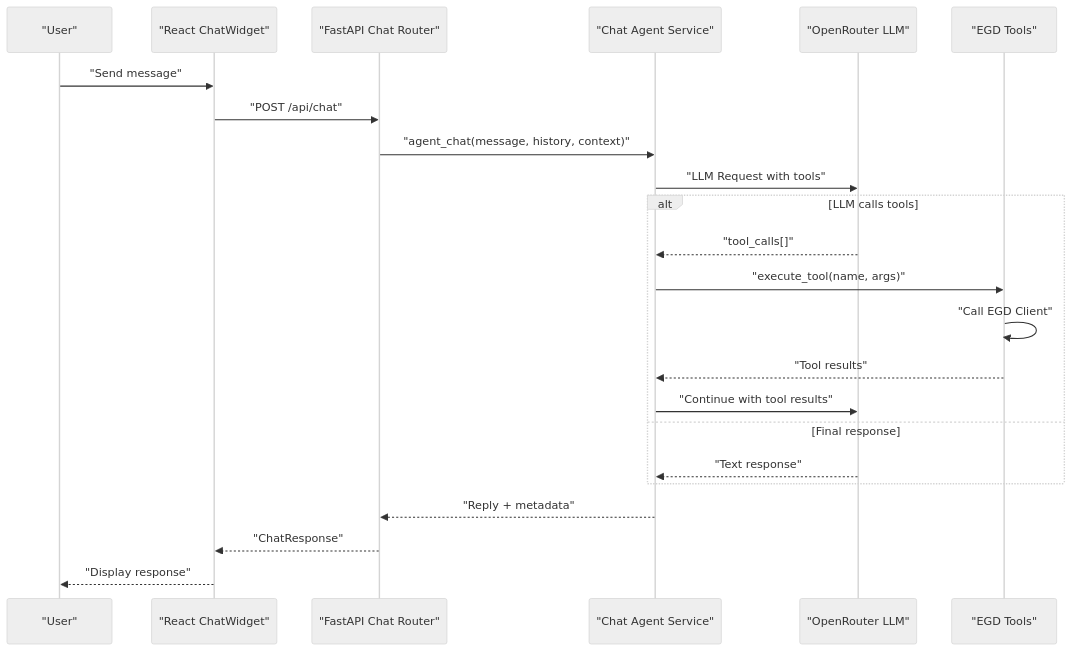
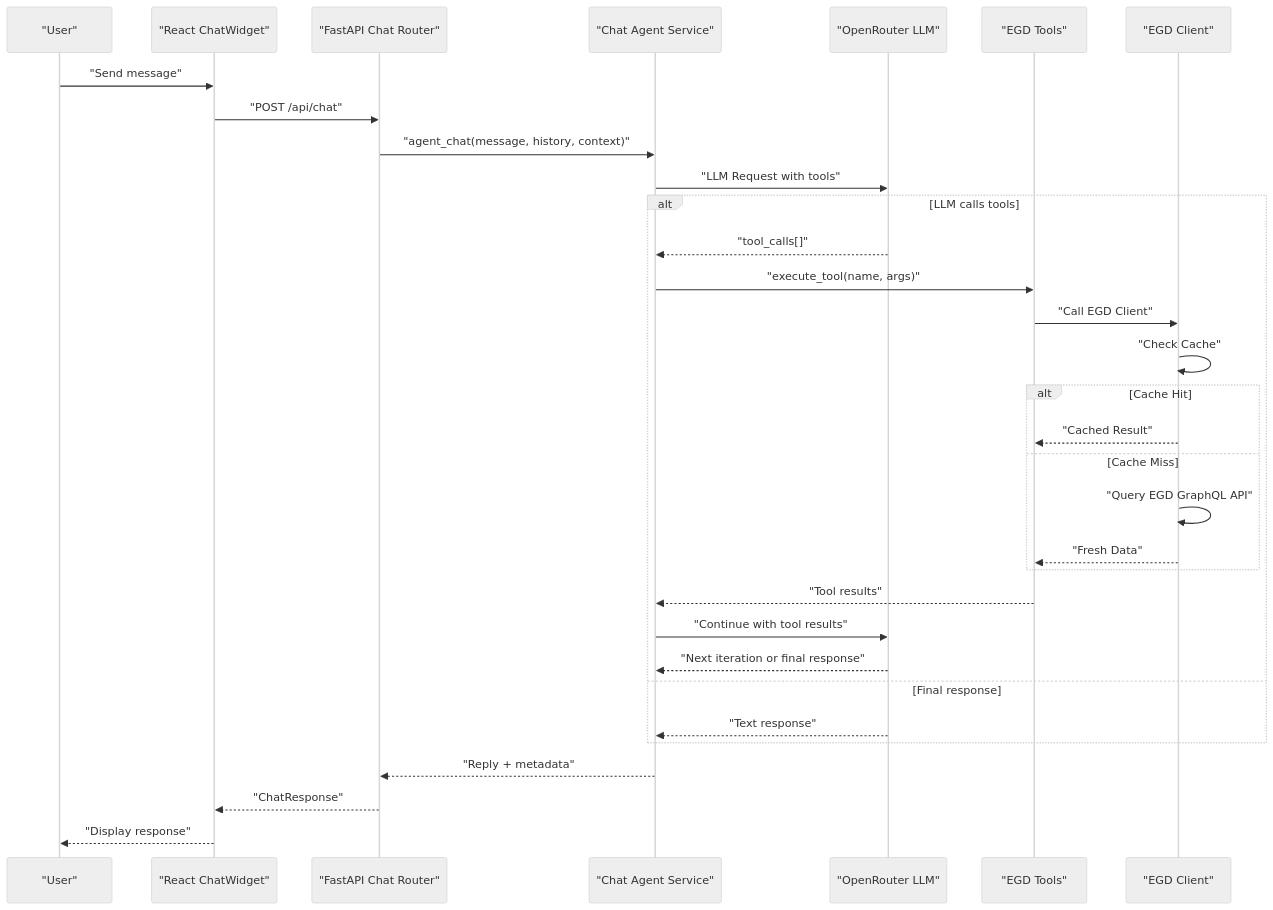
The third of 7 diagrams in .qoder/repowiki/en/content/Architecture Guide/Architecture Guide.md (Ragnar1999/GoNow), drawn with Mermaid (neutral theme) before and after one commit. The commit also changed other lines of this file and 10 other files, not shown here.

First line of the commit message:
docs: update all documentation with agentic chat, Makefile, and agent design research

````diff
--- a/.qoder/repowiki/en/content/Architecture Guide/Architecture Guide.md
+++ b/.qoder/repowiki/en/content/Architecture Guide/Architecture Guide.md
@@ -244,25 +149,34 @@
 ```mermaid
 sequenceDiagram
 participant User as "User"
 participant ChatWidget as "React ChatWidget"
 participant ChatRouter as "FastAPI Chat Router"
 participant ChatAgent as "Chat Agent Service"
 participant OpenRouter as "OpenRouter LLM"
 participant EGDTools as "EGD Tools"
+participant EGDClient as "EGD Client"
 User->>ChatWidget : "Send message"
 ChatWidget->>ChatRouter : "POST /api/chat"
 ChatRouter->>ChatAgent : "agent_chat(message, history, context)"
 ChatAgent->>OpenRouter : "LLM Request with tools"
 alt LLM calls tools
 OpenRouter-->>ChatAgent : "tool_calls[]"
 ChatAgent->>EGDTools : "execute_tool(name, args)"
-EGDTools->>EGDTools : "Call EGD Client"
+EGDTools->>EGDClient : "Call EGD Client"
+EGDClient->>EGDClient : "Check Cache"
+alt Cache Hit
+EGDClient-->>EGDTools : "Cached Result"
+else Cache Miss
+EGDClient->>EGDClient : "Query EGD GraphQL API"
+EGDClient-->>EGDTools : "Fresh Data"
+end
 EGDTools-->>ChatAgent : "Tool results"
 ChatAgent->>OpenRouter : "Continue with tool results"
+OpenRouter-->>ChatAgent : "Next iteration or final response"
 else Final response
 OpenRouter-->>ChatAgent : "Text response"
 end
 ChatAgent-->>ChatRouter : "Reply + metadata"
 ChatRouter-->>ChatWidget : "ChatResponse"
 ChatWidget-->>User : "Display response"
 ```
````
